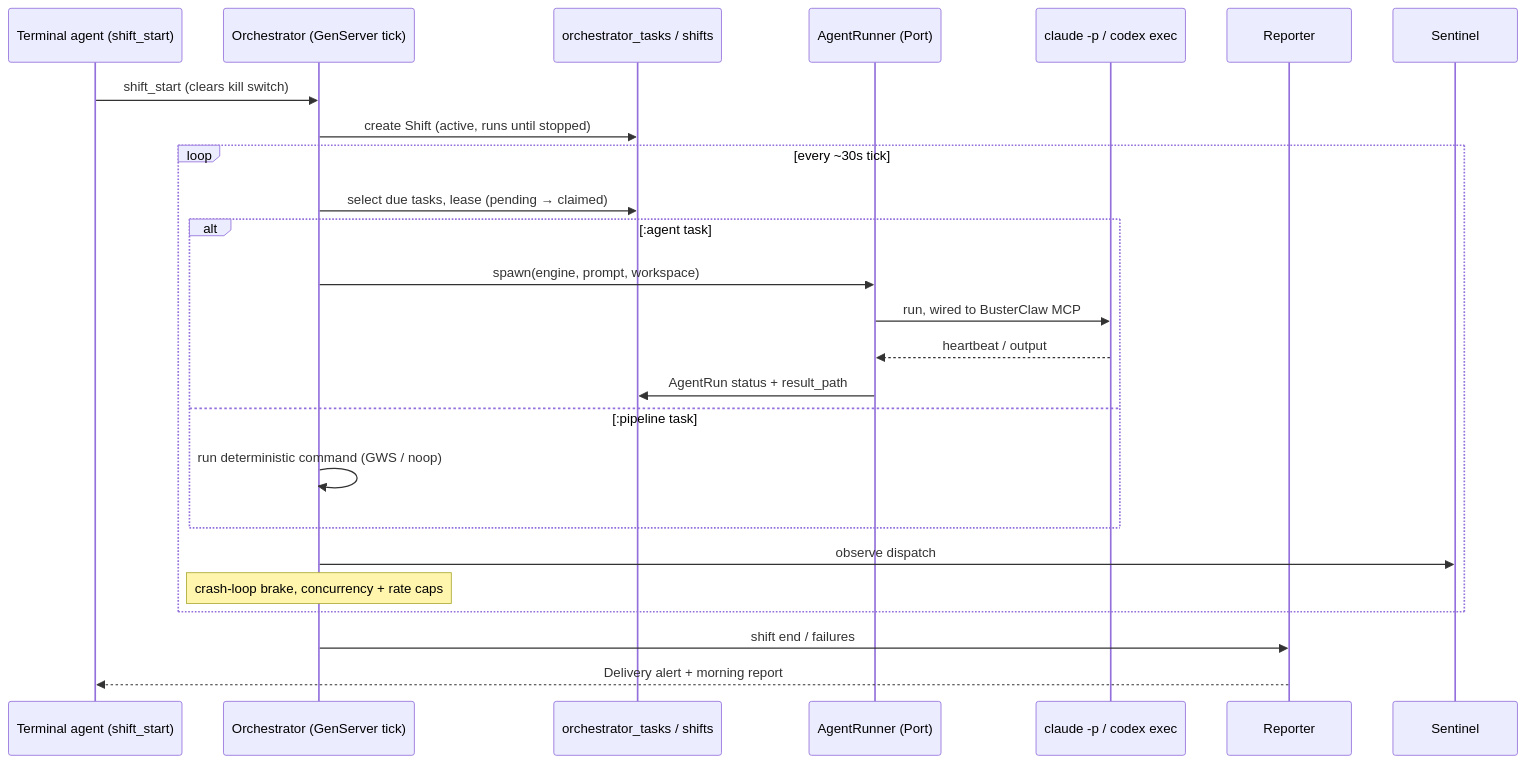
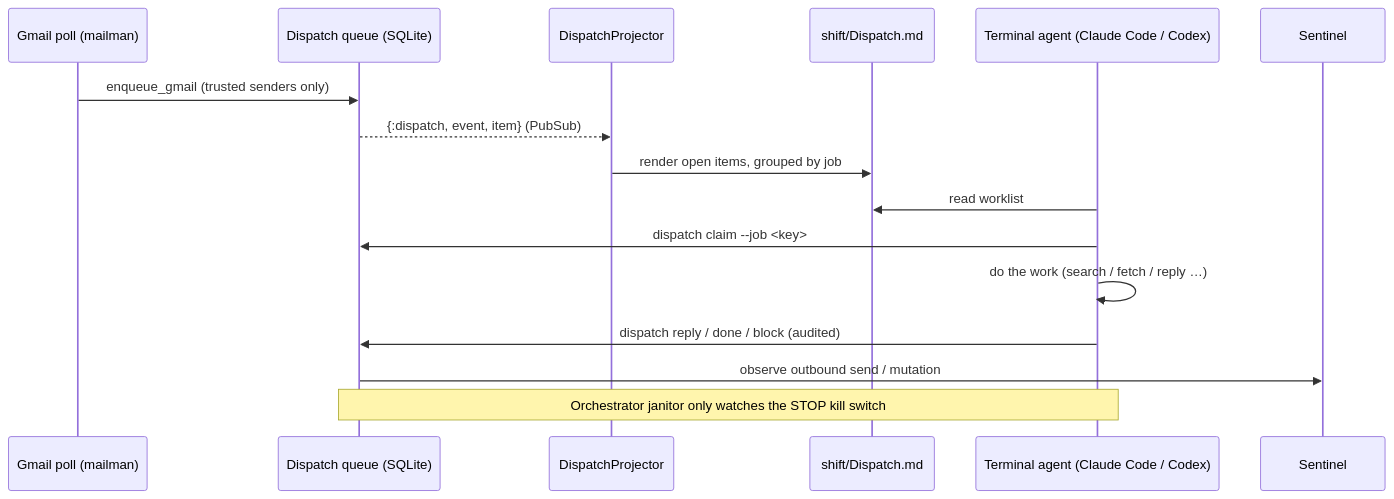
The seventh of 8 diagrams in docs/UML.md (hightowerbuilds/buster-claw), drawn with Mermaid before and after one commit. The commit also changed other lines of this file and 82 other files, not shown here.

````diff
--- a/docs/UML.md
+++ b/docs/UML.md
@@ -343,28 +281,19 @@
 ```mermaid
 sequenceDiagram
-    participant Terminal as Terminal agent (shift_start)
-    participant Orchestrator as Orchestrator (GenServer tick)
-    participant DB as orchestrator_tasks / shifts
-    participant Runner as AgentRunner (Port)
-    participant Agent as claude -p / codex exec
-    participant Reporter
+    participant Poller as Gmail poll (mailman)
+    participant Dispatch as Dispatch queue (SQLite)
+    participant Projector as DispatchProjector
+    participant Fridge as shift/Dispatch.md
+    participant Agent as Terminal agent (Claude Code / Codex)
     participant Sentinel
 
-    Terminal->>Orchestrator: shift_start (clears kill switch)
-    Orchestrator->>DB: create Shift (active, runs until stopped)
-    loop every ~30s tick
-        Orchestrator->>DB: select due tasks, lease (pending → claimed)
-        alt :agent task
-            Orchestrator->>Runner: spawn(engine, prompt, workspace)
-            Runner->>Agent: run, wired to BusterClaw MCP
-            Agent-->>Runner: heartbeat / output
-            Runner->>DB: AgentRun status + result_path
-        else :pipeline task
-            Orchestrator->>Orchestrator: run deterministic command (GWS / noop)
-        end
-        Orchestrator->>Sentinel: observe dispatch
-        Note over Orchestrator: crash-loop brake, concurrency + rate caps
-    end
-    Orchestrator->>Reporter: shift end / failures
-    Reporter-->>Terminal: Delivery alert + morning report
+    Poller->>Dispatch: enqueue_gmail (trusted senders only)
+    Dispatch-->>Projector: {:dispatch, event, item} (PubSub)
+    Projector->>Fridge: render open items, grouped by job
+    Agent->>Fridge: read worklist
+    Agent->>Dispatch: dispatch claim --job <key>
+    Agent->>Agent: do the work (search / fetch / reply …)
+    Agent->>Dispatch: dispatch reply / done / block (audited)
+    Dispatch->>Sentinel: observe outbound send / mutation
+    Note over Agent,Dispatch: Orchestrator janitor only watches the STOP kill switch
 ```
````
